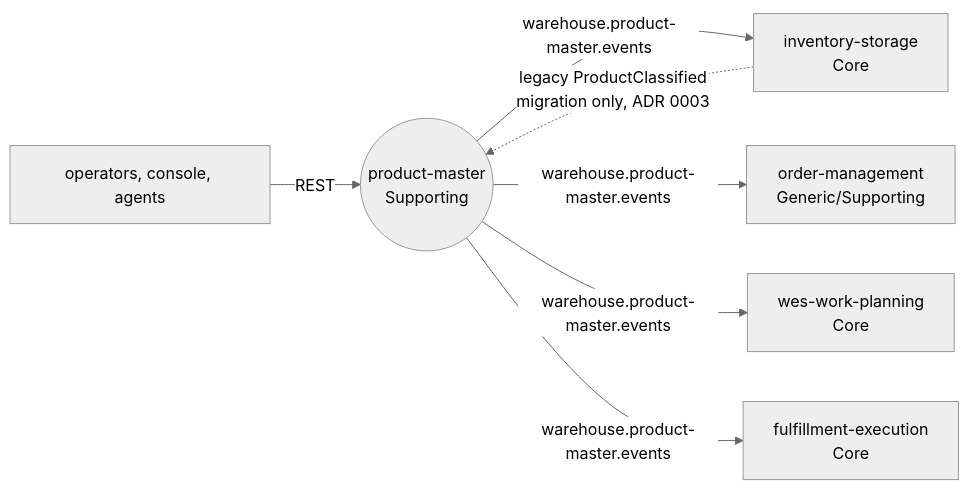
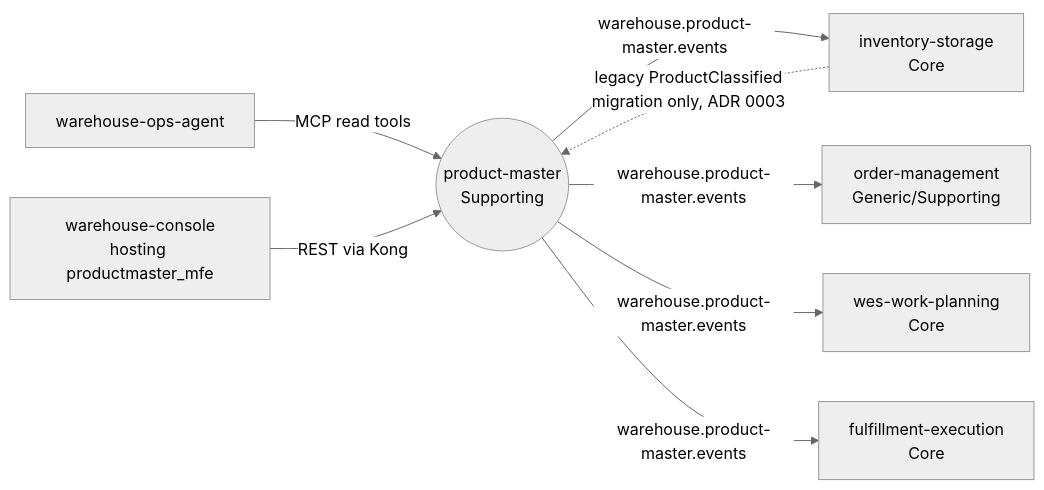
One commit to IQVO/product-master changed the diagram in docs/docs/overview/context.md. Above: the diagram before and after it, drawn with Mermaid (neutral theme). The commit also changed other lines of this file and 8 other files, not shown here.

Commit message:
docs: ops-agent (MCP, ADR 0020) and console remote are built and deployed; runtime surface lists cmd/mcp, analytics binaries and web/; reports Kong route known issue; ADR 0005-0006 in the sidebar

````diff
--- a/docs/docs/overview/context.md
+++ b/docs/docs/overview/context.md
@@ -26,16 +26,18 @@
 ```mermaid
 flowchart LR
   PM(("product-master<br/>Supporting"))
   INV["inventory-storage<br/>Core"]
   OM["order-management<br/>Generic/Supporting"]
   WWP["wes-work-planning<br/>Core"]
   FE["fulfillment-execution<br/>Core"]
-  OPS["operators, console, agents"]
+  OPS["warehouse-ops-agent"]
+  CON["warehouse-console<br/>hosting productmaster_mfe"]
 
   INV -. "legacy ProductClassified<br/>migration only, ADR 0003" .-> PM
   PM -- "warehouse.product-master.events" --> INV
   PM -- "warehouse.product-master.events" --> OM
   PM -- "warehouse.product-master.events" --> WWP
   PM -- "warehouse.product-master.events" --> FE
-  OPS -- "REST" --> PM
+  OPS -- "MCP read tools" --> PM
+  CON -- "REST via Kong" --> PM
 ```
````
